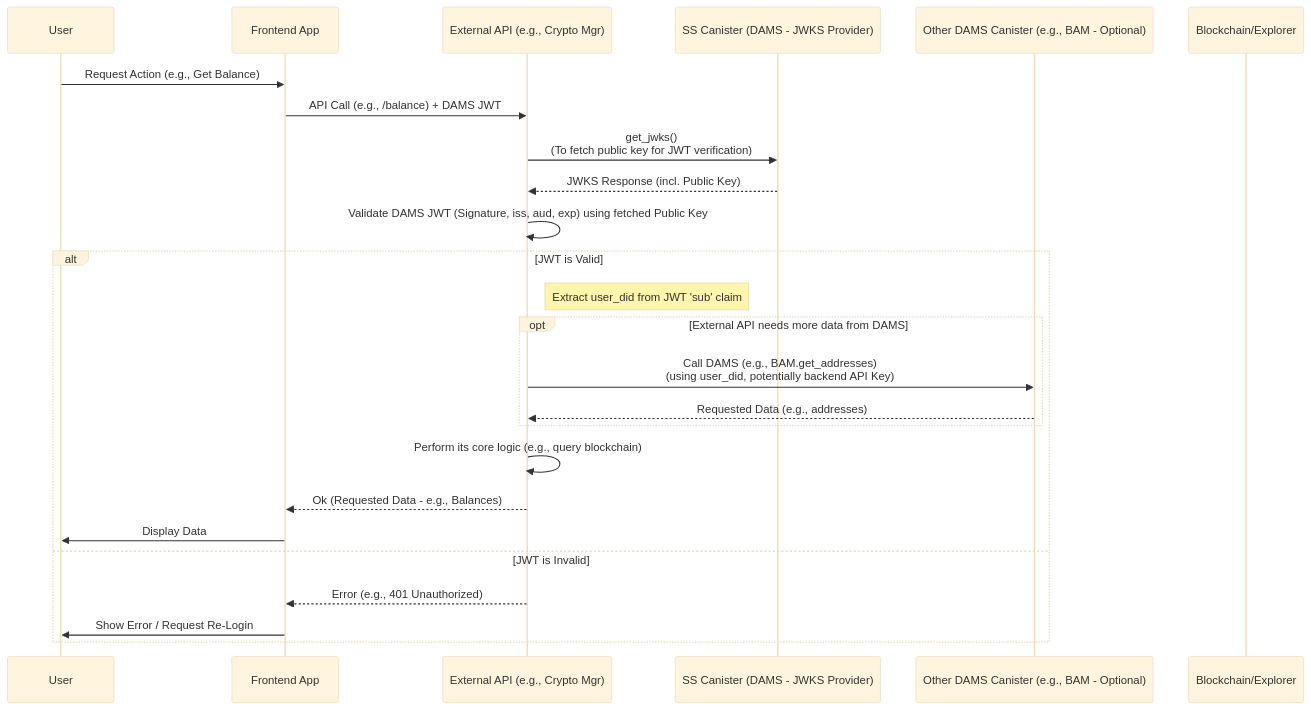
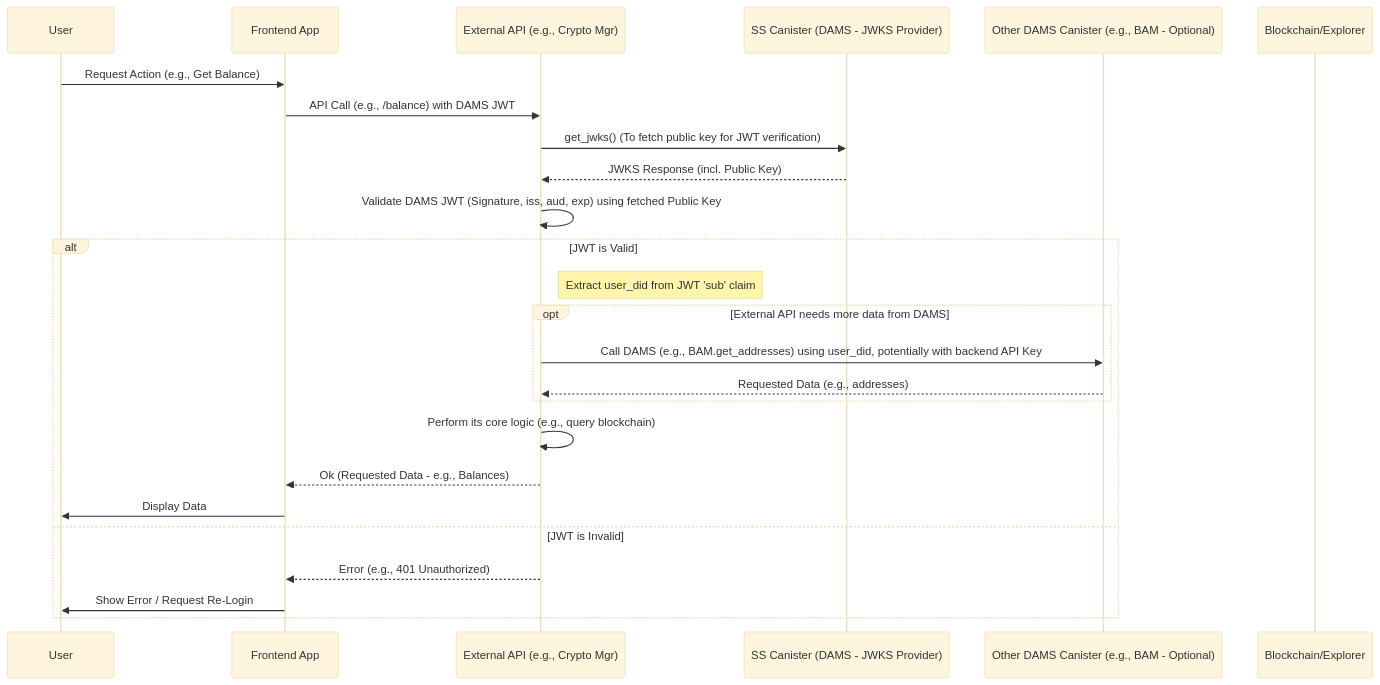
One commit to kongsolutions/dams changed the second of 2 diagrams in README.md. Above: the diagram before and after it, drawn with Mermaid (base theme). The commit also changed other lines of this file, not shown here.

````diff
--- a/README.md
+++ b/README.md
@@ -179,28 +208,28 @@
 ```mermaid
 sequenceDiagram
     participant U as User
     participant FE as Frontend App
     participant ExtAPI as External API (e.g., Crypto Mgr)
     participant SS as SS Canister (DAMS - JWKS Provider)
     participant DAMS_Other as Other DAMS Canister (e.g., BAM - Optional)
     participant Chain as Blockchain/Explorer
 
     U->>FE: Request Action (e.g., Get Balance)
-    FE->>ExtAPI: API Call (e.g., /balance) + DAMS JWT  # Премахнат +
-    ExtAPI->>SS: get_jwks() <br/> (To fetch public key for JWT verification) # Премахнат +
-    SS-->>ExtAPI: JWKS Response (incl. Public Key) # Премахнат -
+    FE->>ExtAPI: API Call (e.g., /balance) with DAMS JWT
+    ExtAPI->>SS: get_jwks() (To fetch public key for JWT verification)
+    SS-->>ExtAPI: JWKS Response (incl. Public Key)
     ExtAPI->>ExtAPI: Validate DAMS JWT (Signature, iss, aud, exp) using fetched Public Key
     alt JWT is Valid
         Note right of ExtAPI: Extract user_did from JWT 'sub' claim
         opt External API needs more data from DAMS
-            ExtAPI->>DAMS_Other: Call DAMS (e.g., BAM.get_addresses) <br/> (using user_did, potentially backend API Key) # Премахнат +
-            DAMS_Other-->>ExtAPI: Requested Data (e.g., addresses) # Премахнат -
+            ExtAPI->>DAMS_Other: Call DAMS (e.g., BAM.get_addresses) using user_did, potentially with backend API Key
+            DAMS_Other-->>ExtAPI: Requested Data (e.g., addresses)
         end
         ExtAPI->>ExtAPI: Perform its core logic (e.g., query blockchain)
-        ExtAPI-->>FE: Ok (Requested Data - e.g., Balances) # Премахнат -
+        ExtAPI-->>FE: Ok (Requested Data - e.g., Balances)
         FE->>U: Display Data
     else JWT is Invalid
-        ExtAPI-->>FE: Error (e.g., 401 Unauthorized) # Премахнат -
+        ExtAPI-->>FE: Error (e.g., 401 Unauthorized)
         FE->>U: Show Error / Request Re-Login
     end
 ```
````
